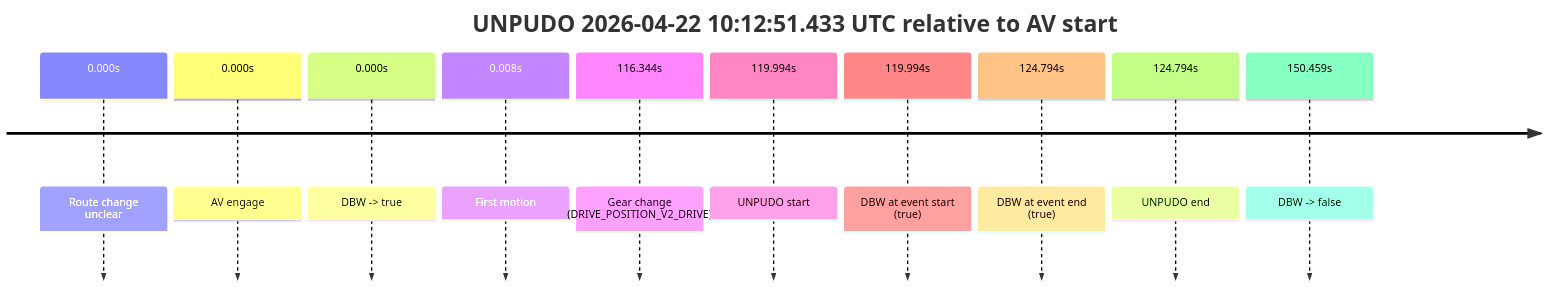
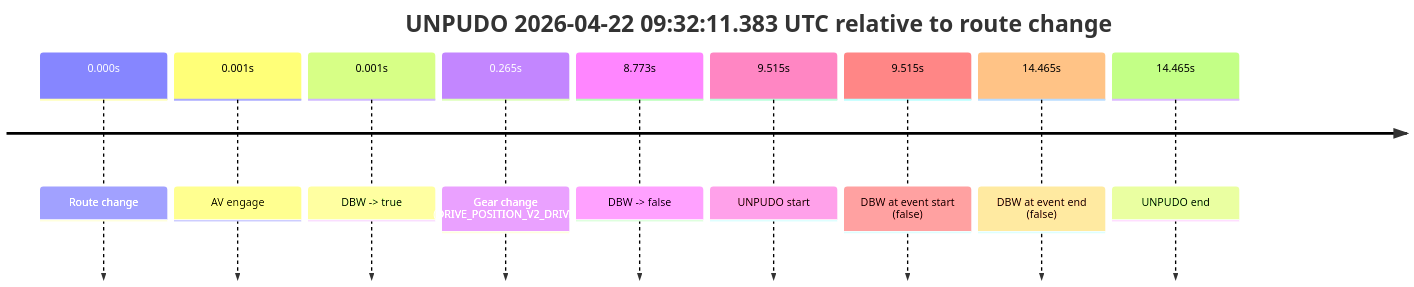
One commit to yoelshapiro/vault changed the third of 9 diagrams in model_analysis/report_cards/2026/04/Week-4/fme20036--2026-04-22--08-41-34--gen2-av-226468b9-4162-4768-9cdc-e643f6e5013a.md. Above: the diagram before and after it, drawn with Mermaid. The commit also changed other lines of this file and 17 other files, not shown here.

````diff
--- a/model_analysis/report_cards/2026/04/Week-4/fme20036--2026-04-22--08-41-34--gen2-av-226468b9-4162-4768-9cdc-e643f6e5013a.md
+++ b/model_analysis/report_cards/2026/04/Week-4/fme20036--2026-04-22--08-41-34--gen2-av-226468b9-4162-4768-9cdc-e643f6e5013a.md
@@ -229,14 +228,13 @@
 ```mermaid
 timeline
-    title UNPUDO 2026-04-22 10:12:51.433 UTC relative to AV start
-    0.000s : Route change unclear
-    0.000s : AV engage
-    0.000s : DBW -> true
-    0.008s : First motion
-    116.344s : Gear change (DRIVE_POSITION_V2_DRIVE)
-    119.994s : UNPUDO start
-    119.994s : DBW at event start (true)
-    124.794s : DBW at event end (true)
-    124.794s : UNPUDO end
-    150.459s : DBW -> false
+    title UNPUDO 2026-04-22 09:32:11.383 UTC relative to route change
+    0.000s : Route change
+    0.001s : AV engage
+    0.001s : DBW -> true
+    0.265s : Gear change (DRIVE_POSITION_V2_DRIVE)
+    8.773s : DBW -> false
+    9.515s : UNPUDO start
+    9.515s : DBW at event start (false)
+    14.465s : DBW at event end (false)
+    14.465s : UNPUDO end
 ```
````
